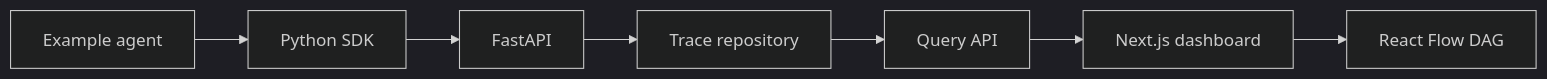
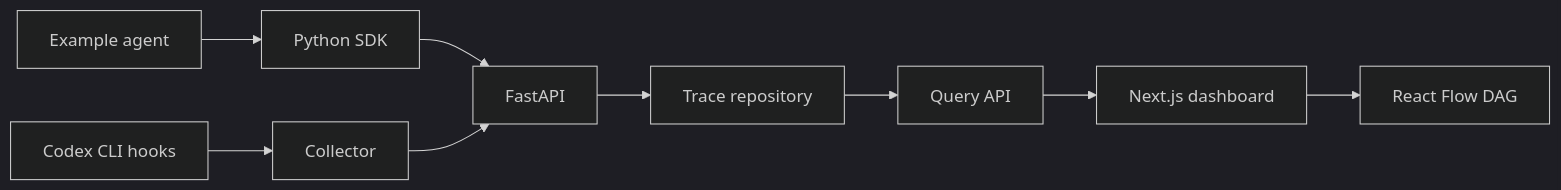
The diagram in docs/architecture/overview.md (christ-webb/CIS4914_Senior_Project), drawn with Mermaid (dark theme) before and after one commit. The commit also changed 48 other files, not shown here.

Commit message:
feat: add Codex CLI collector for external agent monitoring  Copy

````diff
--- a/docs/architecture/overview.md
+++ b/docs/architecture/overview.md
@@ -11,9 +11,11 @@
 ```mermaid
 flowchart LR
     A[Example agent] --> B[Python SDK]
     B --> C[FastAPI]
+    H[Codex CLI hooks] --> I[Collector]
+    I --> C
     C --> D[Trace repository]
     D --> E[Query API]
     E --> F[Next.js dashboard]
     F --> G[React Flow DAG]
 ```
````
